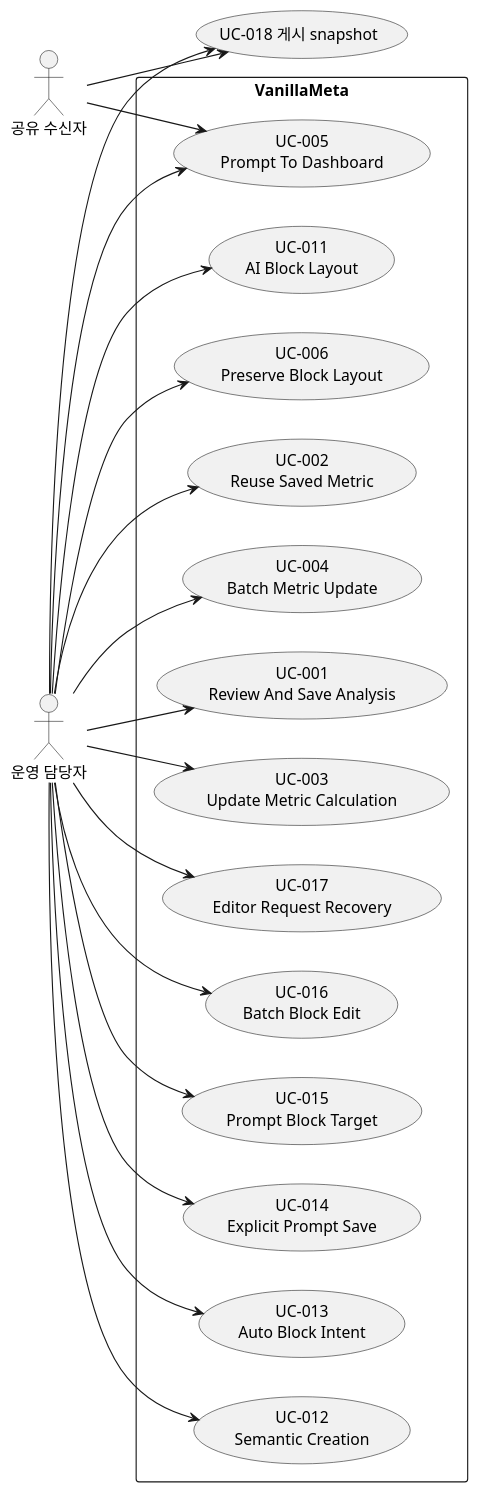
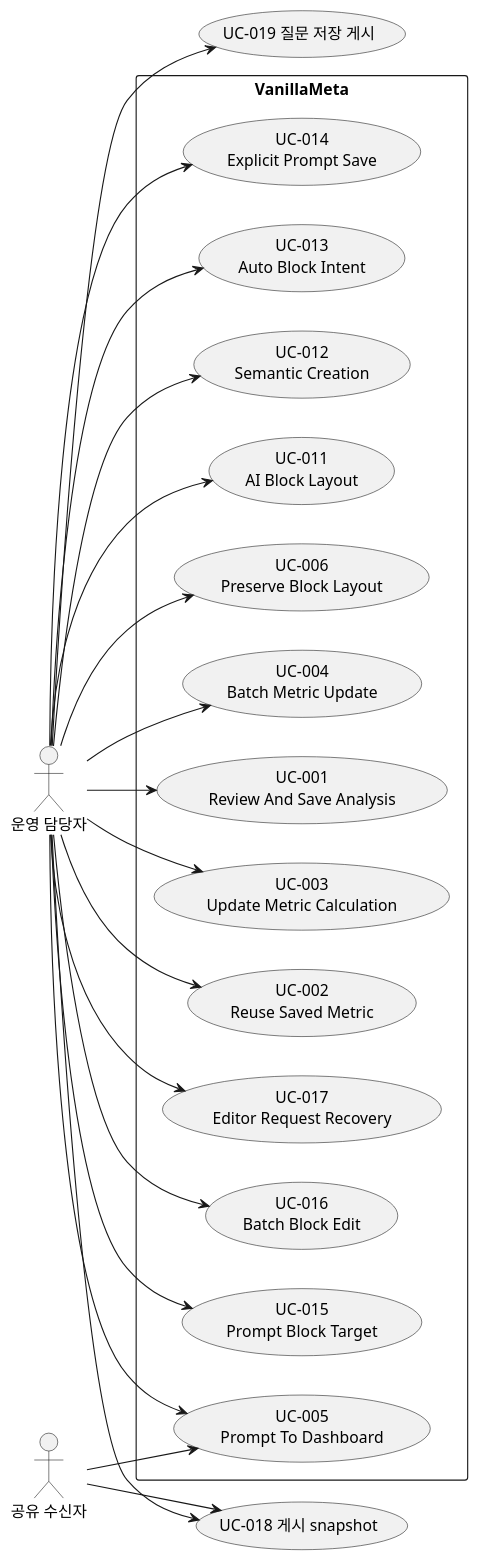
The diagram in docs/use_cases.puml (vanillabrain/vanillameta), drawn with PlantUML before and after one commit. The commit also changed 18 other files, not shown here.

```diff
--- a/docs/use_cases.puml
+++ b/docs/use_cases.puml
@@ -1,37 +1,39 @@
 @startuml
 left to right direction
 actor "운영 담당자" as operator
 rectangle "VanillaMeta" {
  usecase "UC-017\nEditor Request Recovery" as UC017
  usecase "UC-016\nBatch Block Edit" as UC016
  usecase "UC-015\nPrompt Block Target" as UC015
  usecase "UC-014\nExplicit Prompt Save" as UC014
  usecase "UC-013\nAuto Block Intent" as UC013
  usecase "UC-012\nSemantic Creation" as UC012
  usecase "UC-011\nAI Block Layout" as UC011
  usecase "UC-006\nPreserve Block Layout" as UC006
  usecase "UC-005\nPrompt To Dashboard" as UC005
  usecase "UC-004\nBatch Metric Update" as UC004
  usecase "UC-001\nReview And Save Analysis" as UC001
  usecase "UC-003\nUpdate Metric Calculation" as UC003
  usecase "UC-002\nReuse Saved Metric" as UC002
 }
 operator --> UC015
 operator --> UC014
 operator --> UC013
 operator --> UC012
 operator --> UC011
 operator --> UC006
 operator --> UC005
 actor "공유 수신자" as recipient
 recipient --> UC005
 operator --> UC004
 operator --> UC003
 operator --> UC002
 operator --> UC001
 operator --> UC016
 operator --> UC017
 usecase "UC-018 게시 snapshot" as UC018
 operator --> UC018
 recipient --> UC018
+usecase "UC-019 질문 저장 게시" as UC019
+operator --> UC019
 @enduml
```
